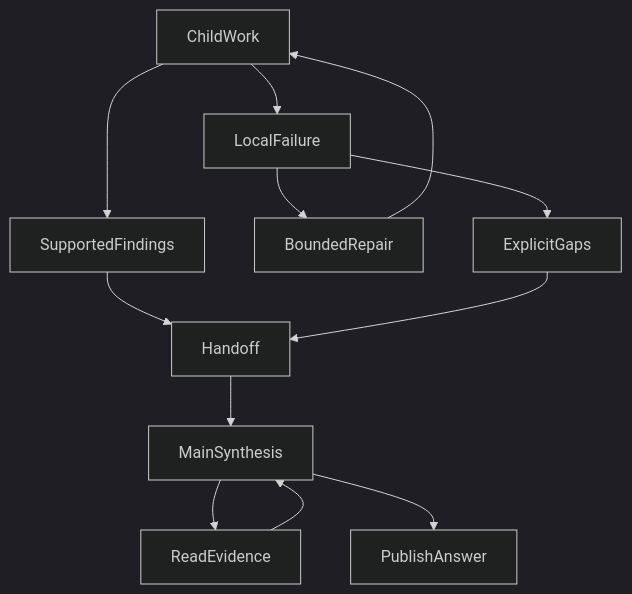
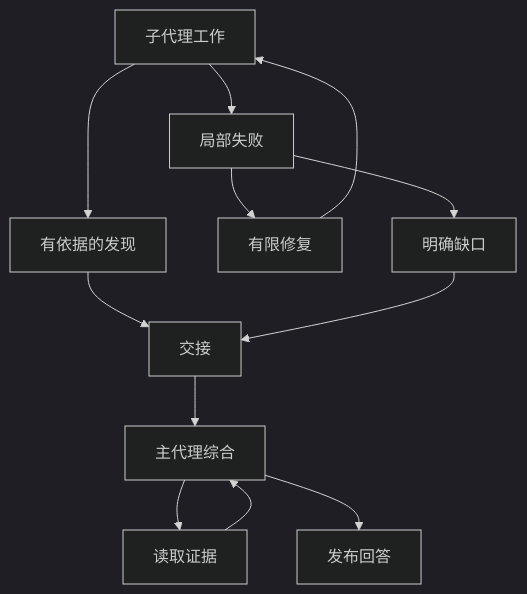
Before and after one commit to hpoenixf/eff-agent-article: the third of 3 diagrams in articles/agent-subagent-context-specialization.md, drawn with Mermaid (dark theme). The commit also changed other lines of this file and 52 other files, not shown here.

Commit message:
docs: localize diagrams and clarify flagship guides

````diff
--- a/articles/agent-subagent-context-specialization.md
+++ b/articles/agent-subagent-context-specialization.md
@@ -163,14 +163,14 @@
 ```mermaid
 graph TD
-ChildWork --> SupportedFindings
-ChildWork --> LocalFailure
-LocalFailure --> BoundedRepair
+ChildWork["子代理工作"] --> SupportedFindings["有依据的发现"]
+ChildWork --> LocalFailure["局部失败"]
+LocalFailure --> BoundedRepair["有限修复"]
 BoundedRepair --> ChildWork
-LocalFailure --> ExplicitGaps
-SupportedFindings --> Handoff
+LocalFailure --> ExplicitGaps["明确缺口"]
+SupportedFindings --> Handoff["交接"]
 ExplicitGaps --> Handoff
-Handoff --> MainSynthesis
-MainSynthesis --> ReadEvidence
+Handoff --> MainSynthesis["主代理综合"]
+MainSynthesis --> ReadEvidence["读取证据"]
 ReadEvidence --> MainSynthesis
-MainSynthesis --> PublishAnswer
+MainSynthesis --> PublishAnswer["发布回答"]
 ```
````
